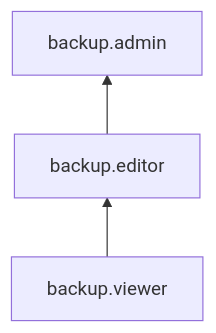
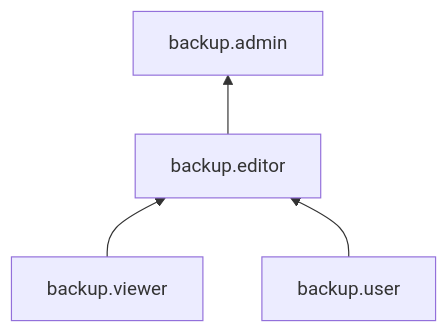
One commit to yandex-cloud/docs changed the diagram in en/_mermaid/roles/backup.md. Above: the diagram before and after it, drawn with Mermaid. The commit also changed 335 other files, not shown here.

````diff
--- a/en/_mermaid/roles/backup.md
+++ b/en/_mermaid/roles/backup.md
@@ -1,5 +1,6 @@
 ```mermaid
 flowchart BT
     backup.viewer --> backup.editor
+    backup.user --> backup.editor
     backup.editor --> backup.admin
 ```
````
